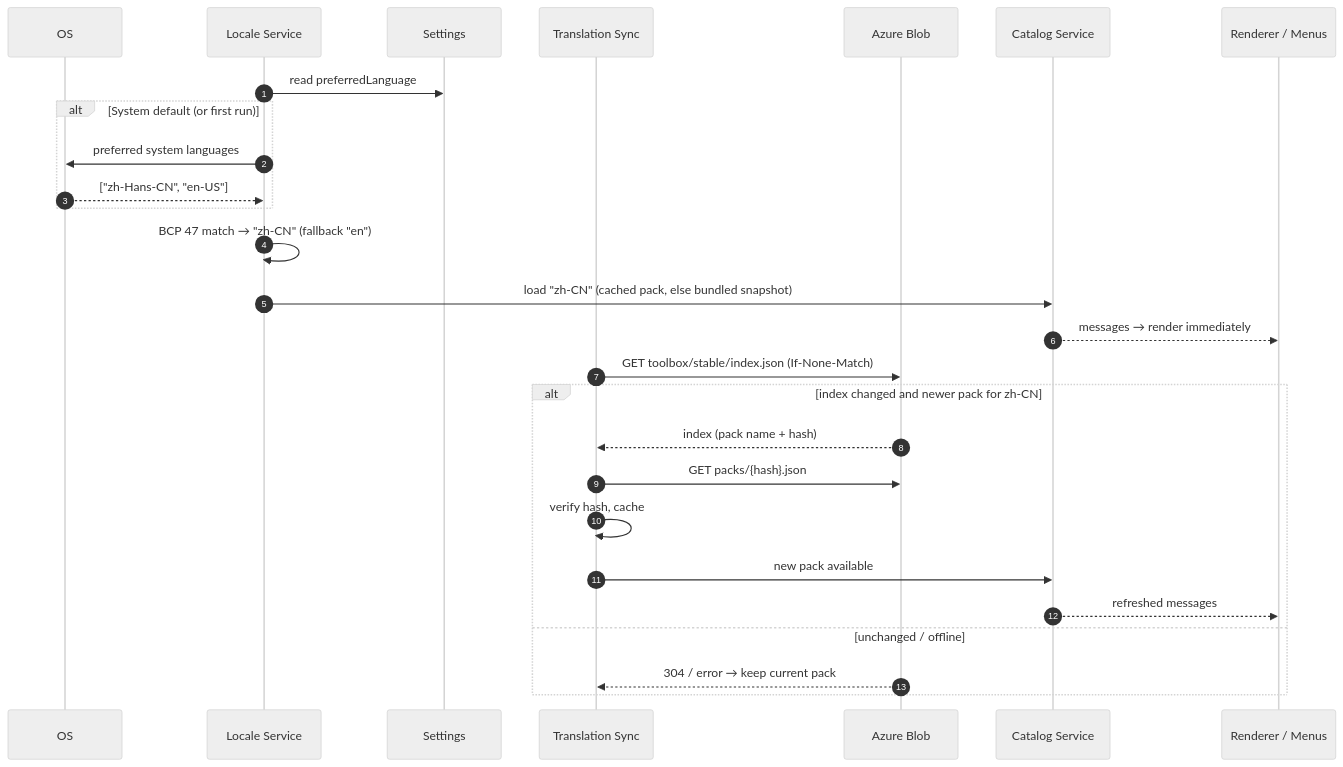
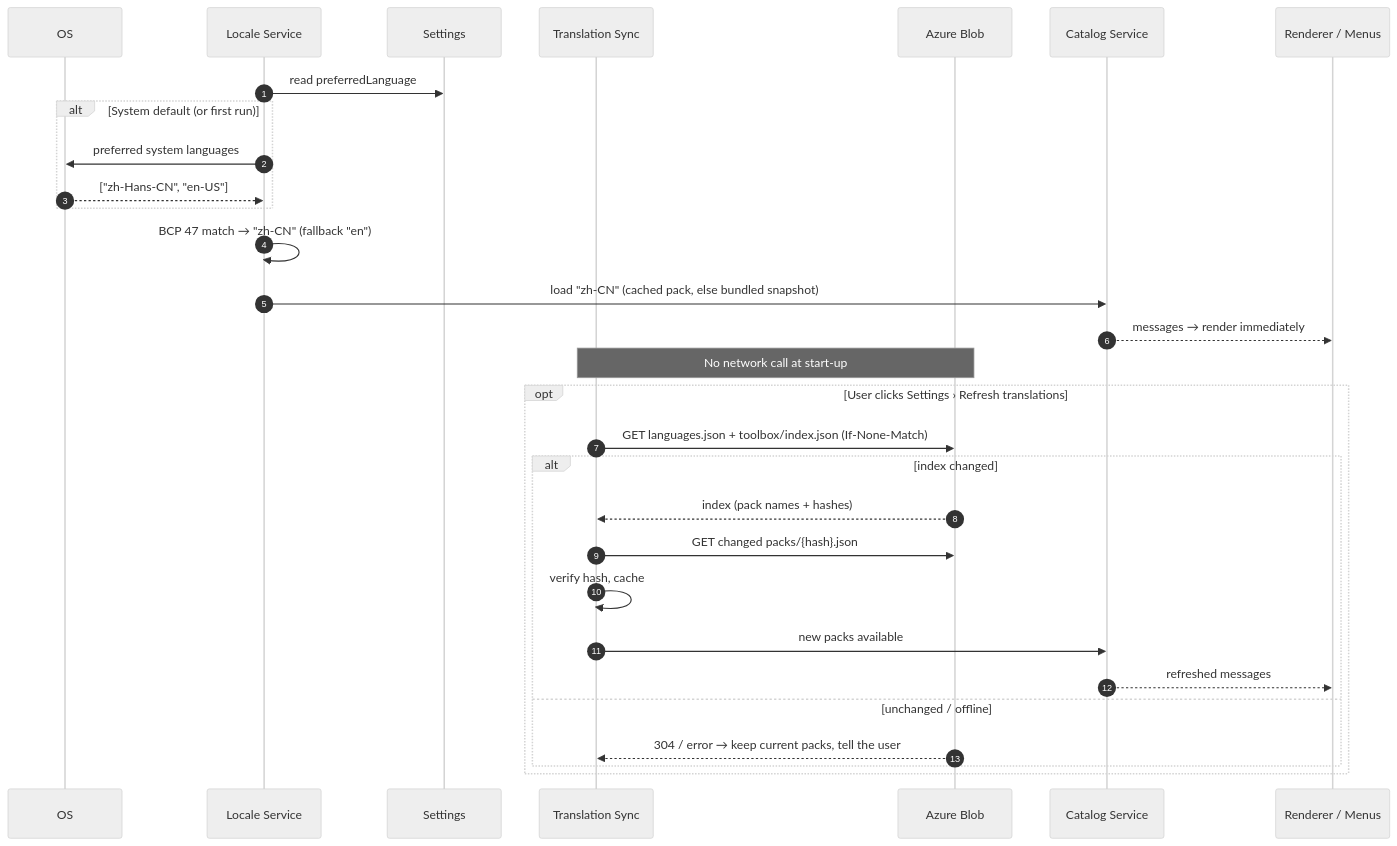
The fourth of 9 diagrams in docs/LOCALIZATION_ARCHITECTURE.md (PowerPlatformToolBox/desktop-app), drawn with Mermaid (neutral theme) before and after one commit. The commit also changed other lines of this file and 1 other file, not shown here.

Commit message:
Refine localization implementation prompts: clarify shared translation sets, update data layout, enhance translation sync service, and improve tool pack manager logic

````diff
--- a/docs/LOCALIZATION_ARCHITECTURE.md
+++ b/docs/LOCALIZATION_ARCHITECTURE.md
@@ -494,30 +538,33 @@
 ```mermaid
 sequenceDiagram
     autonumber
     participant OS
     participant LOC as Locale Service
     participant SET as Settings
     participant TS as Translation Sync
     participant BLOB as Azure Blob
     participant CAT as Catalog Service
     participant R as Renderer / Menus
 
     LOC->>SET: read preferredLanguage
     alt System default (or first run)
         LOC->>OS: preferred system languages
         OS-->>LOC: ["zh-Hans-CN", "en-US"]
     end
     LOC->>LOC: BCP 47 match → "zh-CN" (fallback "en")
     LOC->>CAT: load "zh-CN" (cached pack, else bundled snapshot)
     CAT-->>R: messages → render immediately
-    TS->>BLOB: GET toolbox/stable/index.json (If-None-Match)
-    alt index changed and newer pack for zh-CN
-        BLOB-->>TS: index (pack name + hash)
-        TS->>BLOB: GET packs/{hash}.json
-        TS->>TS: verify hash, cache
-        TS->>CAT: new pack available
-        CAT-->>R: refreshed messages
-    else unchanged / offline
-        BLOB-->>TS: 304 / error → keep current pack
+    Note over TS,BLOB: No network call at start-up
+    opt User clicks Settings › Refresh translations
+        TS->>BLOB: GET languages.json + toolbox/index.json (If-None-Match)
+        alt index changed
+            BLOB-->>TS: index (pack names + hashes)
+            TS->>BLOB: GET changed packs/{hash}.json
+            TS->>TS: verify hash, cache
+            TS->>CAT: new packs available
+            CAT-->>R: refreshed messages
+        else unchanged / offline
+            BLOB-->>TS: 304 / error → keep current packs, tell the user
+        end
     end
 ```
````
